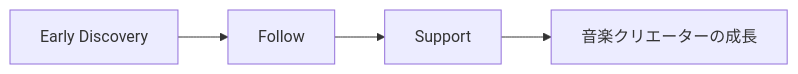
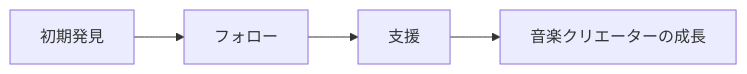
The ninth of 27 diagrams in docs/whitepaper/06-economics-mathjax.md (ShigeichiroYamasaki/creator-first-platform), drawn with Mermaid before and after one commit. The commit also changed other lines of this file and 72 other files, not shown here.

````diff
--- a/docs/whitepaper/06-economics-mathjax.md
+++ b/docs/whitepaper/06-economics-mathjax.md
@@ -569,9 +569,9 @@
 ```mermaid
 flowchart LR
-    DISCOVER[Early Discovery]
-    FOLLOW[Follow]
-    SUPPORT[Support]
+    DISCOVER[初期発見]
+    FOLLOW[フォロー]
+    SUPPORT[支援]
     GROWTH[音楽クリエーターの成長]
 
     DISCOVER --> FOLLOW --> SUPPORT --> GROWTH
 ```
````
